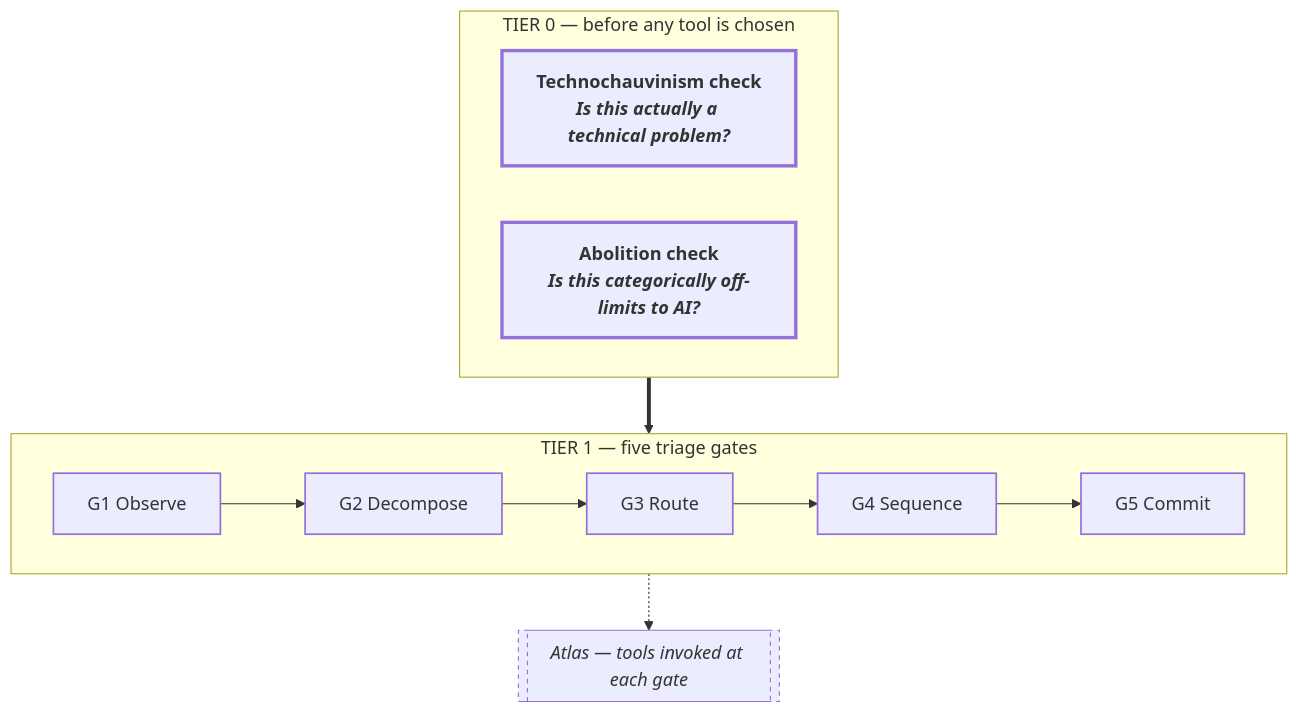
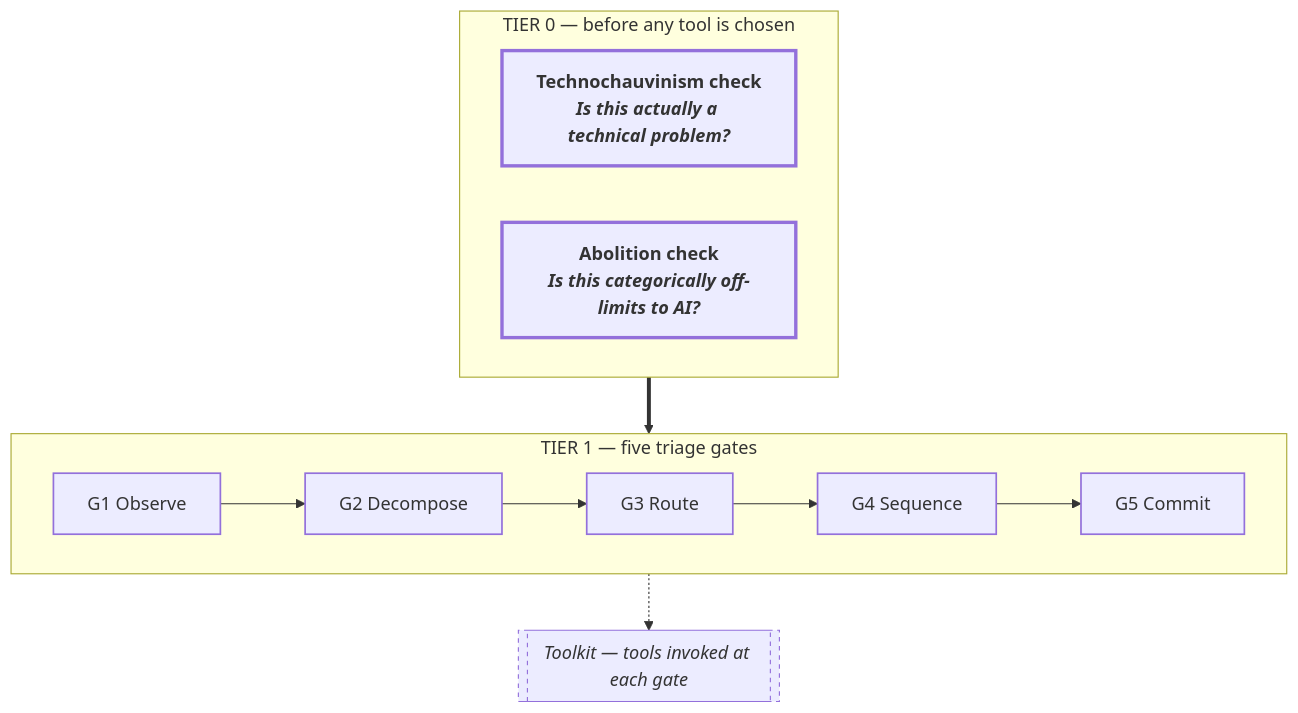
Before and after one commit to saviranta/know-when-to-ai: the diagram in docs/illustration-1-1.md, drawn with Mermaid. The commit also changed other lines of this file and 5 other files, not shown here.

First line of the commit message:
Rename "atlas" → "toolkit" (parent) / "AI capability levels" (G3)

````diff
--- a/docs/illustration-1-1.md
+++ b/docs/illustration-1-1.md
@@ -5,24 +5,24 @@
 ```mermaid
 flowchart TD
   subgraph TIER0["TIER 0 &mdash; before any tool is chosen"]
     direction LR
     G1["<b>Technochauvinism check</b><br/><i>Is this actually a technical problem?</i>"]
     G2["<b>Abolition check</b><br/><i>Is this categorically off-limits to AI?</i>"]
   end
 
   TIER0 ==> SPINE
 
   subgraph SPINE["TIER 1 &mdash; five triage gates"]
     direction LR
     S1[G1 Observe] --> S2[G2 Decompose] --> S3[G3 Route] --> S4[G4 Sequence] --> S5[G5 Commit]
   end
 
-  SPINE -.-> ATLAS[["Atlas &mdash; tools invoked at each gate"]]
+  SPINE -.-> TOOLKIT[["Toolkit &mdash; tools invoked at each gate"]]
 
   classDef tier0Gate stroke-width:3px,font-weight:bold;
   classDef tier1Stage stroke-width:1.5px;
-  classDef atlasNote stroke-dasharray:4 4,stroke-width:1px,font-style:italic;
+  classDef toolkitNote stroke-dasharray:4 4,stroke-width:1px,font-style:italic;
   class G1,G2 tier0Gate;
   class S1,S2,S3,S4,S5 tier1Stage;
-  class ATLAS atlasNote;
+  class TOOLKIT toolkitNote;
 ```
````
